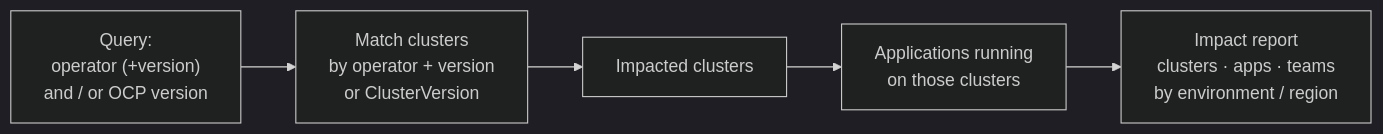
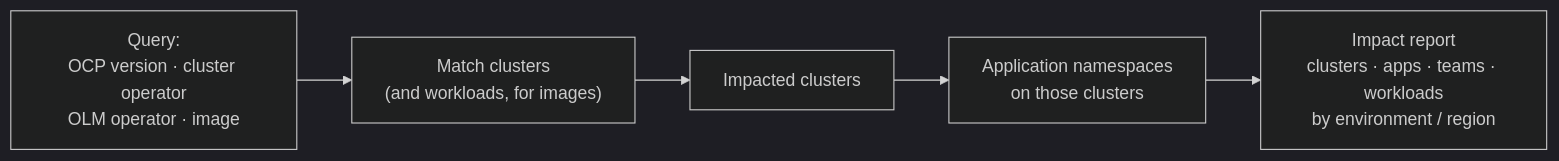
Before and after one commit to aasthapit/Operations-Data-Layer: the fifth of 6 diagrams in docs/architecture.md, drawn with Mermaid (dark theme). The commit also changed other lines of this file and 70 other files, not shown here.

````diff
--- a/docs/architecture.md
+++ b/docs/architecture.md
@@ -174,7 +229,7 @@
 ```mermaid
 flowchart LR
-  q["Query:<br/>operator (+version)<br/>and / or OCP version"] --> m["Match clusters<br/>by operator + version<br/>or ClusterVersion"]
+  q["Query:<br/>OCP version · cluster operator<br/>OLM operator · image"] --> m["Match clusters<br/>(and workloads, for images)"]
   m --> cl["Impacted clusters"]
-  cl --> app["Applications running<br/>on those clusters"]
-  app --> r["Impact report<br/>clusters · apps · teams<br/>by environment / region"]
+  cl --> app["Application namespaces<br/>on those clusters"]
+  app --> r["Impact report<br/>clusters · apps · teams · workloads<br/>by environment / region"]
 ```
````
